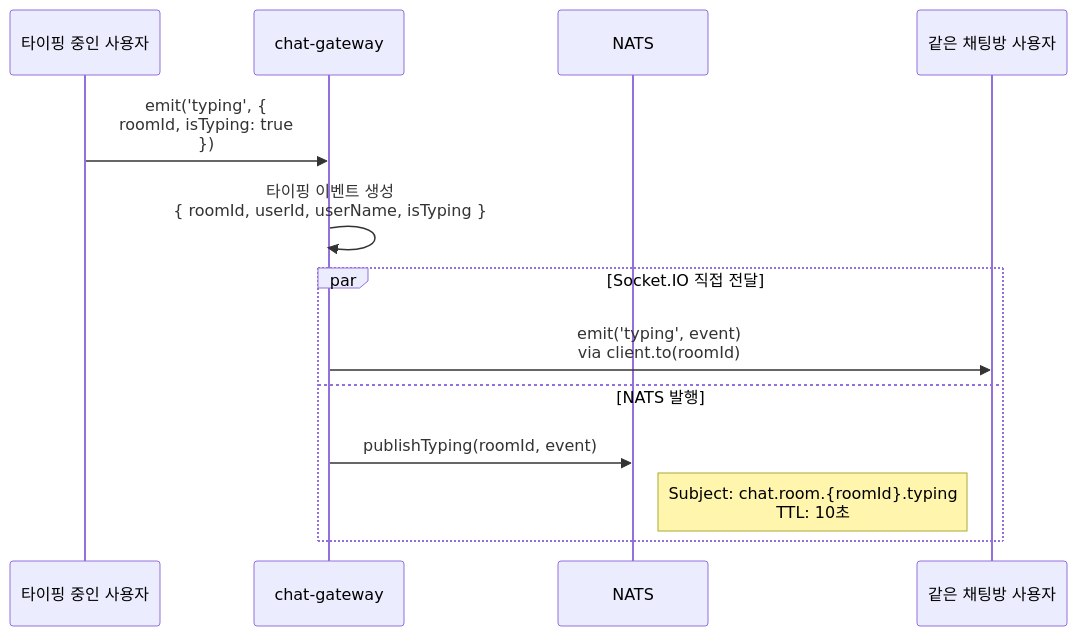
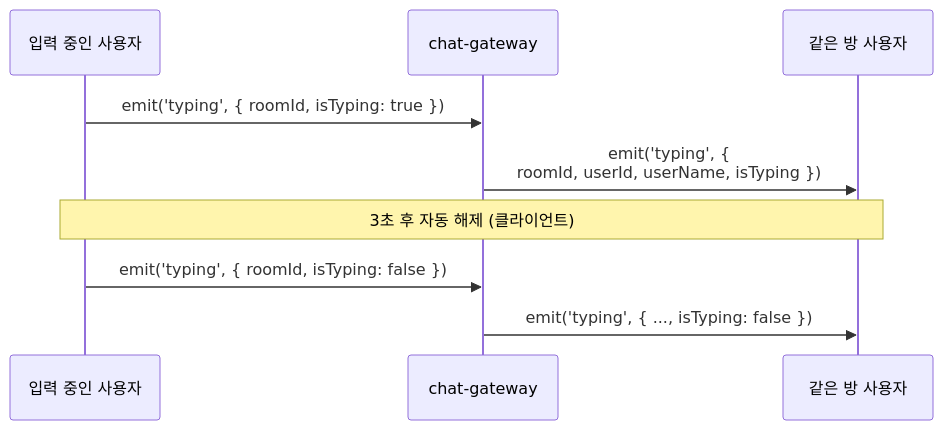
Before and after one commit to uniyous/parkgolf-platform: the ninth of 28 diagrams in docs/CHAT_WORKFLOW.md, drawn with Mermaid. The commit also changed other lines of this file and 2 other files, not shown here.

First line of the commit message:
refactor(user-app-ios): AppDelegate를 ParkGolfApp.swift에 통합 및 docs 업데이트

````diff
--- a/docs/CHAT_WORKFLOW.md
+++ b/docs/CHAT_WORKFLOW.md
@@ -376,18 +246,15 @@
 ```mermaid
 sequenceDiagram
-    participant Typer as 타이핑 중인 사용자
+    participant Typer as 입력 중인 사용자
     participant Gateway as chat-gateway
-    participant NATS
-    participant Others as 같은 채팅방 사용자
+    participant Others as 같은 방 사용자
 
-    Typer->>Gateway: emit('typing', {<br/>  roomId, isTyping: true<br/>})
+    Typer->>Gateway: emit('typing', { roomId, isTyping: true })
 
-    Gateway->>Gateway: 타이핑 이벤트 생성<br/>{ roomId, userId, userName, isTyping }
+    Gateway->>Others: emit('typing', {<br/>roomId, userId, userName, isTyping })
 
-    par Socket.IO 직접 전달
-        Gateway->>Others: emit('typing', event)<br/>via client.to(roomId)
-    and NATS 발행
-        Gateway->>NATS: publishTyping(roomId, event)
-        Note right of NATS: Subject: chat.room.{roomId}.typing<br/>TTL: 10초
-    end
+    Note over Typer,Others: 3초 후 자동 해제 (클라이언트)
+
+    Typer->>Gateway: emit('typing', { roomId, isTyping: false })
+    Gateway->>Others: emit('typing', { ..., isTyping: false })
 ```
````
